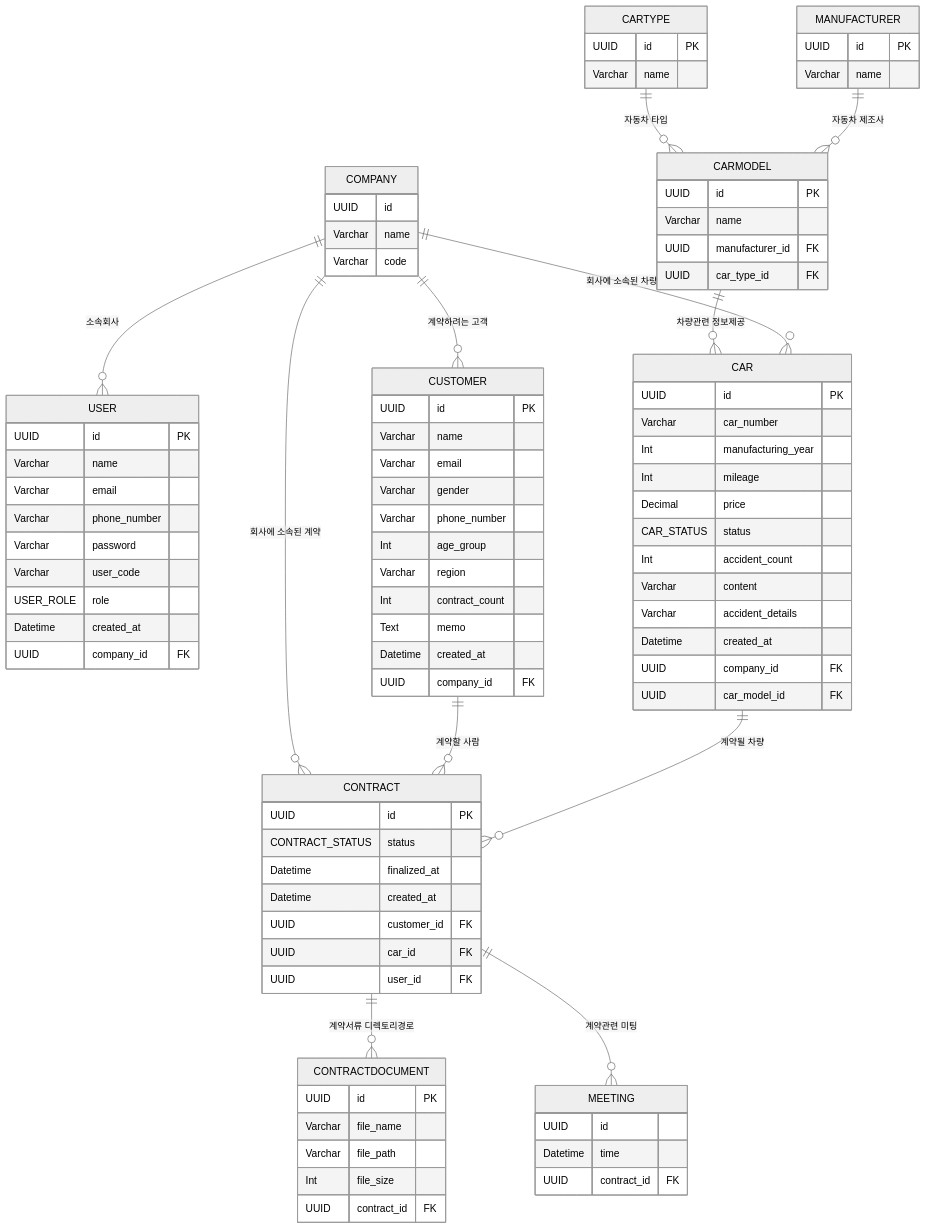
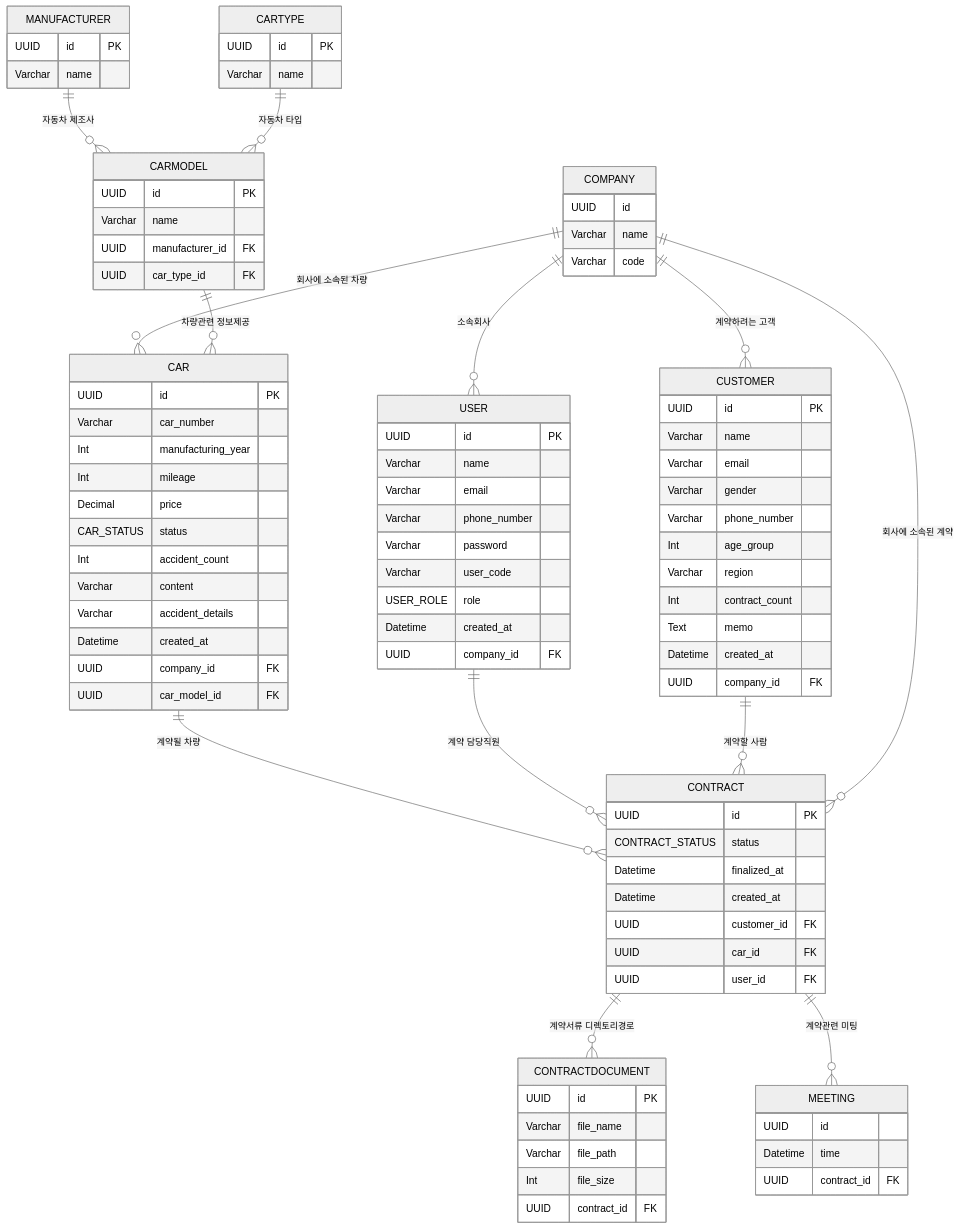
One commit to NB-1-DearCarmate/1-DearCarmate-3 changed the diagram in README.md. Above: the diagram before and after it, drawn with Mermaid (neutral theme).

Commit message:
README.md 다이어그램 수정 (#9)

```diff
--- a/README.md
+++ b/README.md
@@ -99,6 +99,7 @@
     COMPANY ||--o{ CAR : "회사에 소속된 차량"
     CARMODEL ||--o{ CAR : "차량관련 정보제공"
     CAR ||--o{ CONTRACT : "계약될 차량"
+    USER ||--o{ CONTRACT : "계약 담당직원"
     CUSTOMER ||--o{ CONTRACT : "계약할 사람"
     COMPANY ||--o{ CONTRACT : "회사에 소속된 계약"
     CONTRACT ||--o{ CONTRACTDOCUMENT : "계약서류 디렉토리경로"
```
